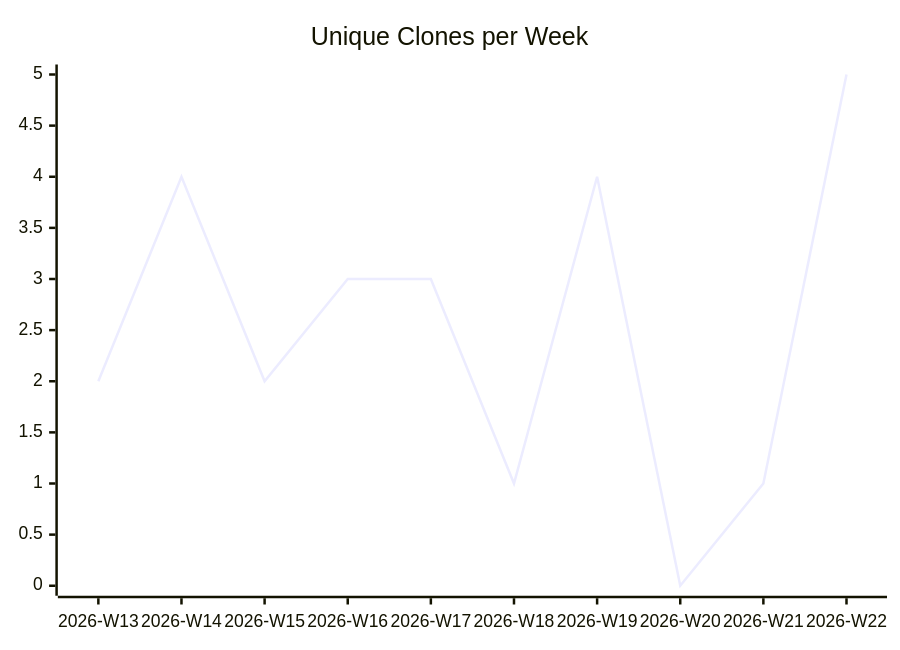
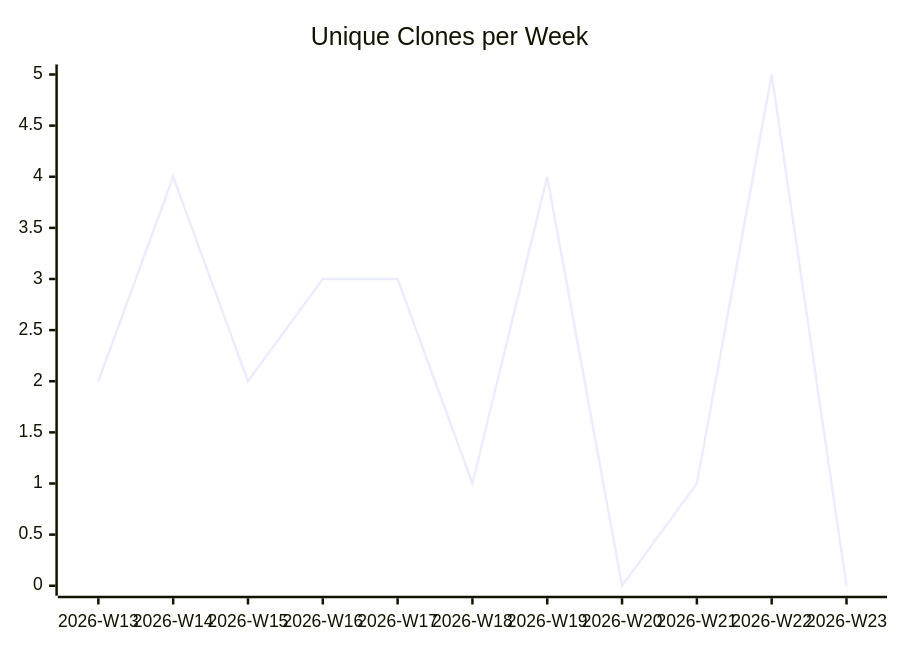
One commit to justdavis-family/github-analytics-data changed the third of 3 diagrams in karlmdavis/workstation-base-ansible-role/README.md. Above: the diagram before and after it, drawn with Mermaid. The commit also changed other lines of this file and 186 other files, not shown here.

````diff
--- a/karlmdavis/workstation-base-ansible-role/README.md
+++ b/karlmdavis/workstation-base-ansible-role/README.md
@@ -19,6 +19,6 @@
 ```mermaid
 xychart-beta
   title "Unique Clones per Week"
-  x-axis ["2026-W13", "2026-W14", "2026-W15", "2026-W16", "2026-W17", "2026-W18", "2026-W19", "2026-W20", "2026-W21", "2026-W22"]
-  line [2, 4, 2, 3, 3, 1, 4, 0, 1, 5]
+  x-axis ["2026-W13", "2026-W14", "2026-W15", "2026-W16", "2026-W17", "2026-W18", "2026-W19", "2026-W20", "2026-W21", "2026-W22", "2026-W23"]
+  line [2, 4, 2, 3, 3, 1, 4, 0, 1, 5, 0]
 ```
````
